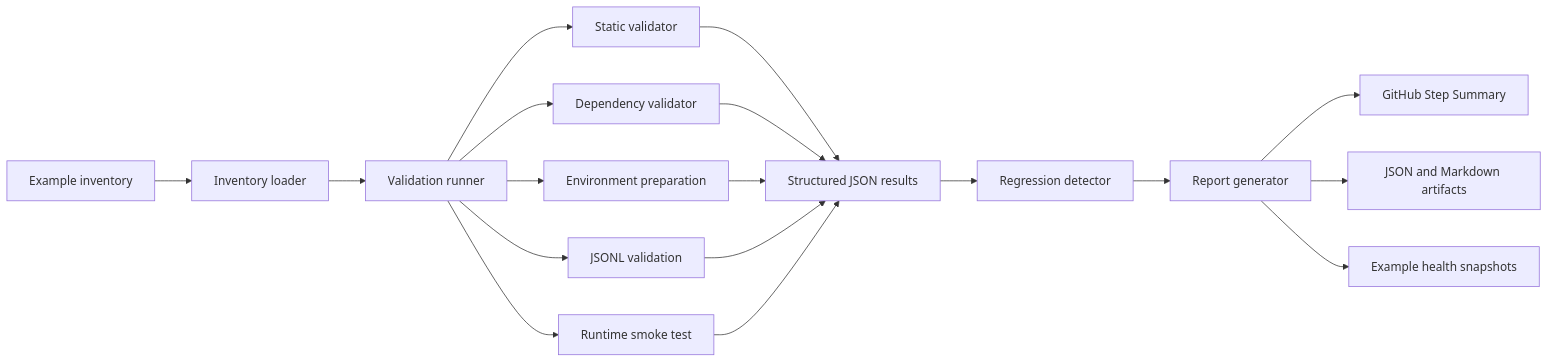
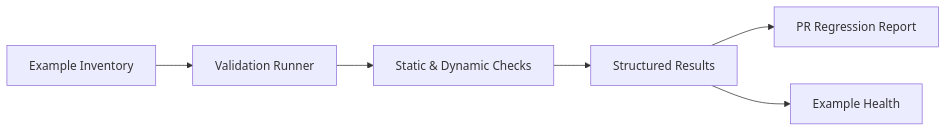
Before and after one commit to ken6078/ianvs: the diagram in .github/workflows/validator/README.md, drawn with Mermaid. The commit also changed other lines of this file and 4 other files, not shown here.

Commit message:
docs: reorganize example validator documentation

````diff
--- a/.github/workflows/validator/README.md
+++ b/.github/workflows/validator/README.md
@@ -32,24 +37,15 @@
 ```mermaid
 flowchart LR
-    Inventory[Example inventory] --> Loader[Inventory loader]
-    Loader --> Runner[Validation runner]
+    Inventory[Example Inventory]
+    Runner[Validation Runner]
+    Checks[Static & Dynamic Checks]
+    Results[Structured Results]
+    CI[PR Regression Report]
+    Health[Example Health]
 
-    Runner --> Static[Static validator]
-    Runner --> Dependency[Dependency validator]
-    Runner --> Preparation[Environment preparation]
-    Runner --> JSONL[JSONL validation]
-    Runner --> Smoke[Runtime smoke test]
-
-    Static --> Results[Structured JSON results]
-    Dependency --> Results
-    Preparation --> Results
-    JSONL --> Results
-    Smoke --> Results
-
-    Results --> Regression[Regression detector]
-    Regression --> Reporter[Report generator]
-
-    Reporter --> Summary[GitHub Step Summary]
-    Reporter --> Artifacts[JSON and Markdown artifacts]
-    Reporter --> Health[Example health snapshots]
+    Inventory --> Runner
+    Runner --> Checks
+    Checks --> Results
+    Results --> CI
+    Results --> Health
 ```
````
